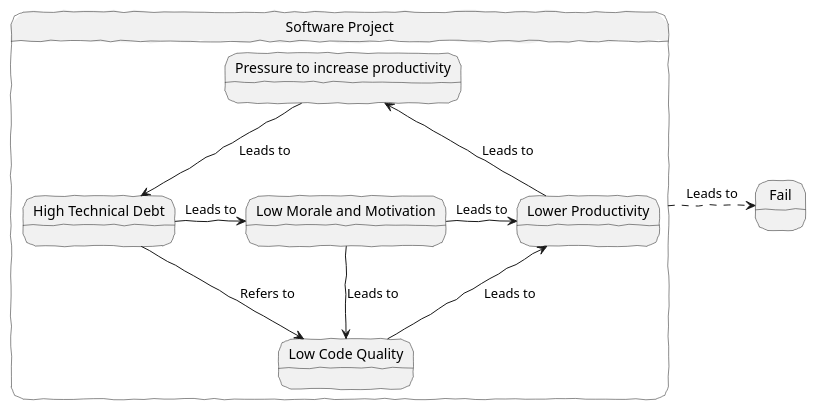
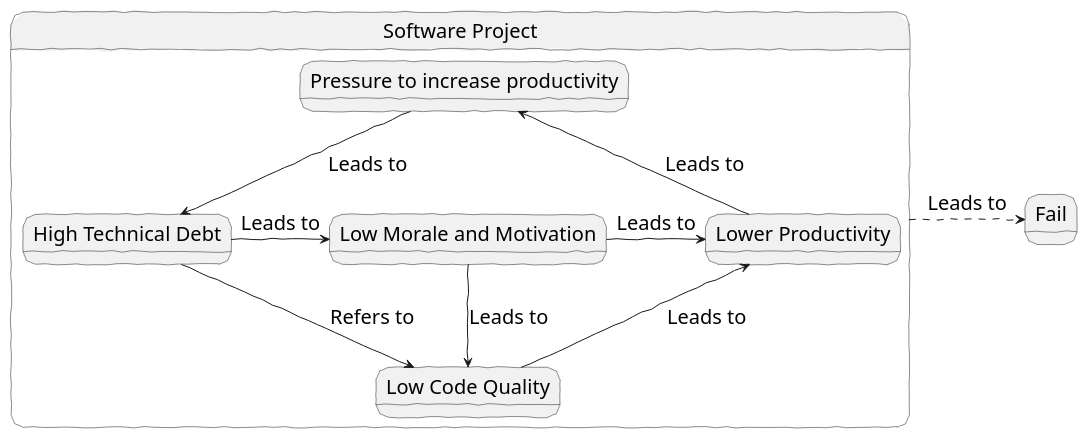
The first of 5 diagrams in book/src/docs/asciidoc/01-ddd-rationale.adoc (PacktPublishing/Domain-Driven-Design-with-Java-A-Practitioner-s-Guide), drawn with PlantUML before and after one commit. The commit also changed 13 other files, not shown here.

```diff
--- a/book/src/docs/asciidoc/01-ddd-rationale.adoc
+++ b/book/src/docs/asciidoc/01-ddd-rationale.adoc
@@ -92,23 +92,33 @@
 [plantuml,tech-debt]
 ....
 @startuml
 skinparam handwritten true
 skinparam monochrome true
+<style>
+stateDiagram {
+  FontName "Gloria Hallelujah"
+  FontSize 20
+}
+</style>
+skinparam State {
+  FontSize 20
+  FontName "Gloria Hallelujah"
+}
 
 state "Software Project" as Project {
   state S1 as "Low Morale and Motivation"
   state S2 as "Low Code Quality"
   state S3 as "High Technical Debt"
   state S4 as "Pressure to increase productivity"
   state S5 as "Lower Productivity"
   S1 --> S2 : Leads to
   S3 -right--> S1 : Leads to
   S1 -right--> S5 : Leads to
   S4 -down--> S3 : Leads to
   S3 -down--> S2 : Refers to
   S5 -up-> S4 : Leads to
   S2 -up-> S5 : Leads to
 }
 Project --right[dashed]--> Fail : Leads to
 @enduml
 ....
```
